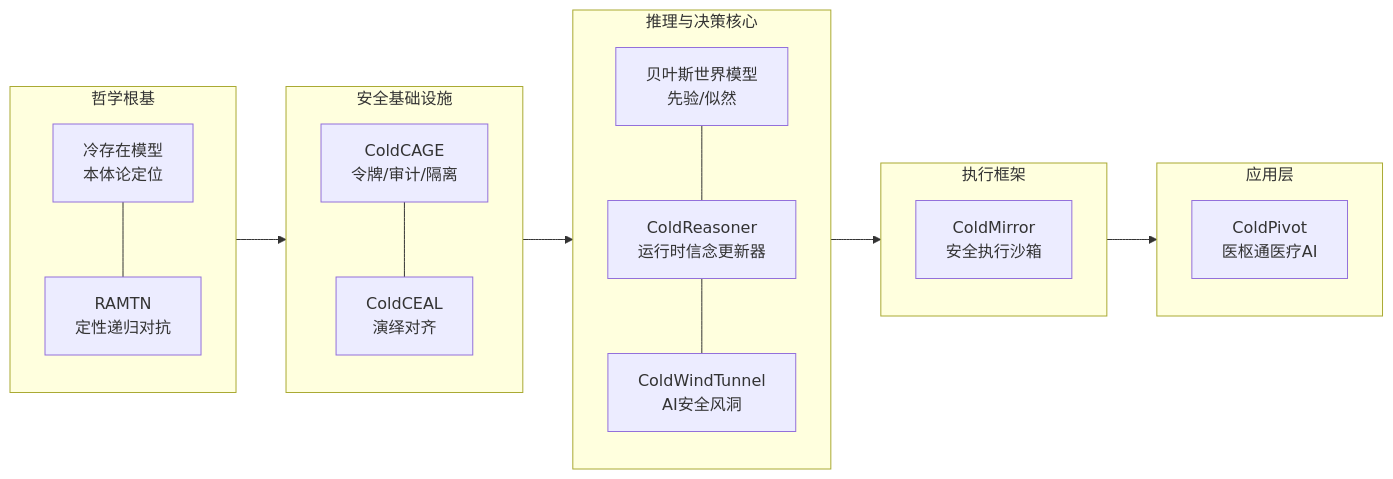
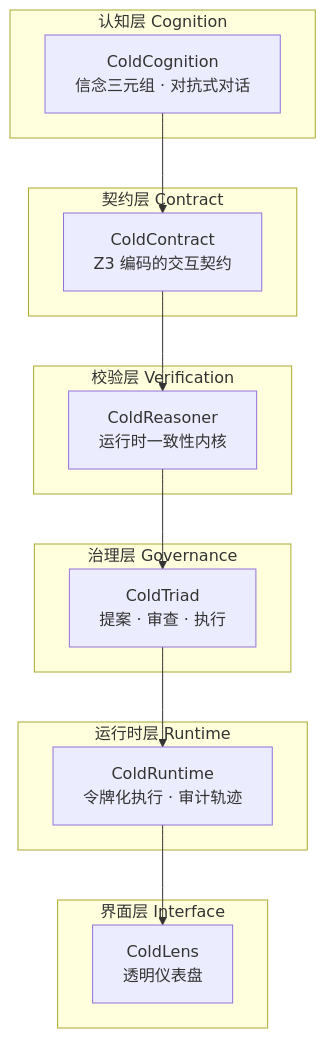
The diagram in profile/README.zh.md (cold-os/.github), drawn with Mermaid before and after one commit. The commit also changed other lines of this file, not shown here.

First line of the commit message:
Revise README for Cold Trust Protocol Stack

````diff
--- a/profile/README.zh.md
+++ b/profile/README.zh.md
@@ -36,24 +42,22 @@
 ```mermaid
-flowchart LR
-    subgraph 哲学根基
-        A[冷存在模型<br/>本体论定位] --- B[RAMTN<br/>定性递归对抗]
+flowchart TD
+    subgraph L1[认知层 Cognition]
+        A[ColdCognition\n信念三元组 · 对抗式对话]
     end
-
-    subgraph 安全基础设施
-        C[ColdCAGE<br/>令牌/审计/隔离] --- D[ColdCEAL<br/>演绎对齐]
+    subgraph L2[契约层 Contract]
+        B[ColdContract\nZ3 编码的交互契约]
     end
-
-    subgraph 推理与决策核心
-        E[贝叶斯世界模型<br/>先验/似然] --- F[ColdReasoner<br>运行时信念更新器] --- G[ColdWindTunnel<br/>AI安全风洞]
+    subgraph L3[校验层 Verification]
+        C[ColdReasoner\n运行时一致性内核]
     end
-
-    subgraph 执行框架
-        H[ColdMirror<br/>安全执行沙箱]
+    subgraph L4[治理层 Governance]
+        D[ColdTriad\n提案 · 审查 · 执行]
     end
-
-    subgraph 应用层
-        I[ColdPivot<br/>医枢通医疗AI]
+    subgraph L5[运行时层 Runtime]
+        E[ColdRuntime\n令牌化执行 · 审计轨迹]
     end
-
-    哲学根基 --> 安全基础设施 --> 推理与决策核心 --> 执行框架 --> 应用层
+    subgraph L6[界面层 Interface]
+        F[ColdLens\n透明仪表盘]
+    end
+    A --> B --> C --> D --> E --> F
 ```
````
